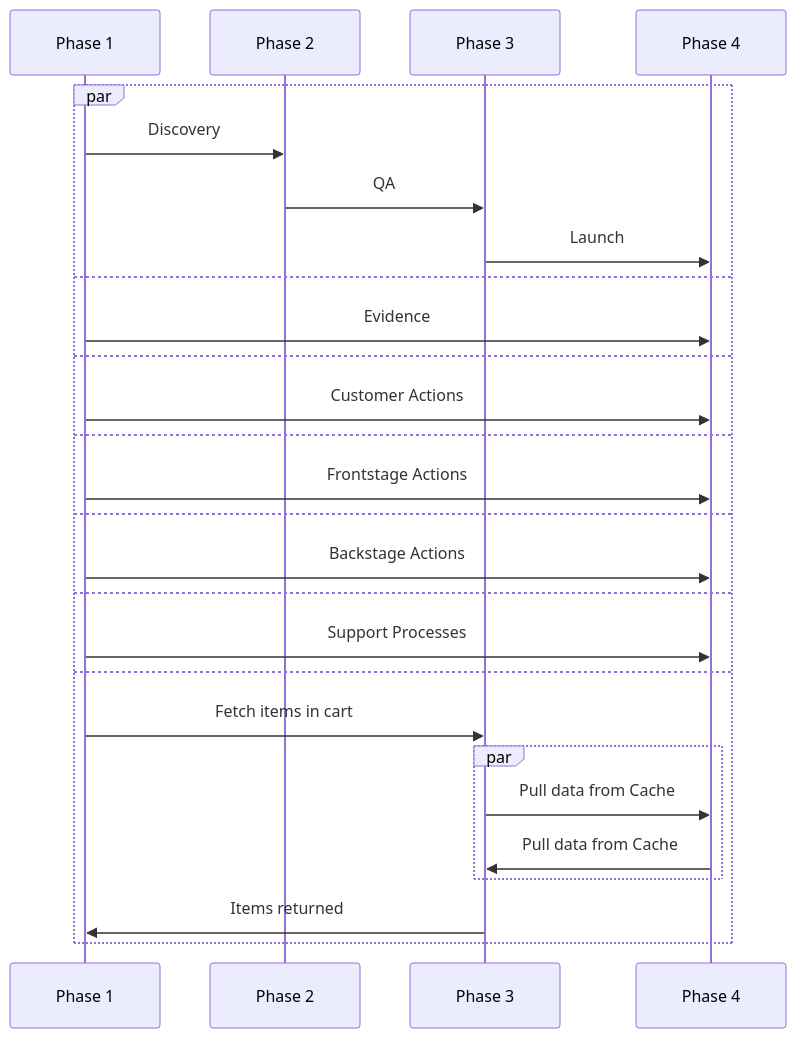
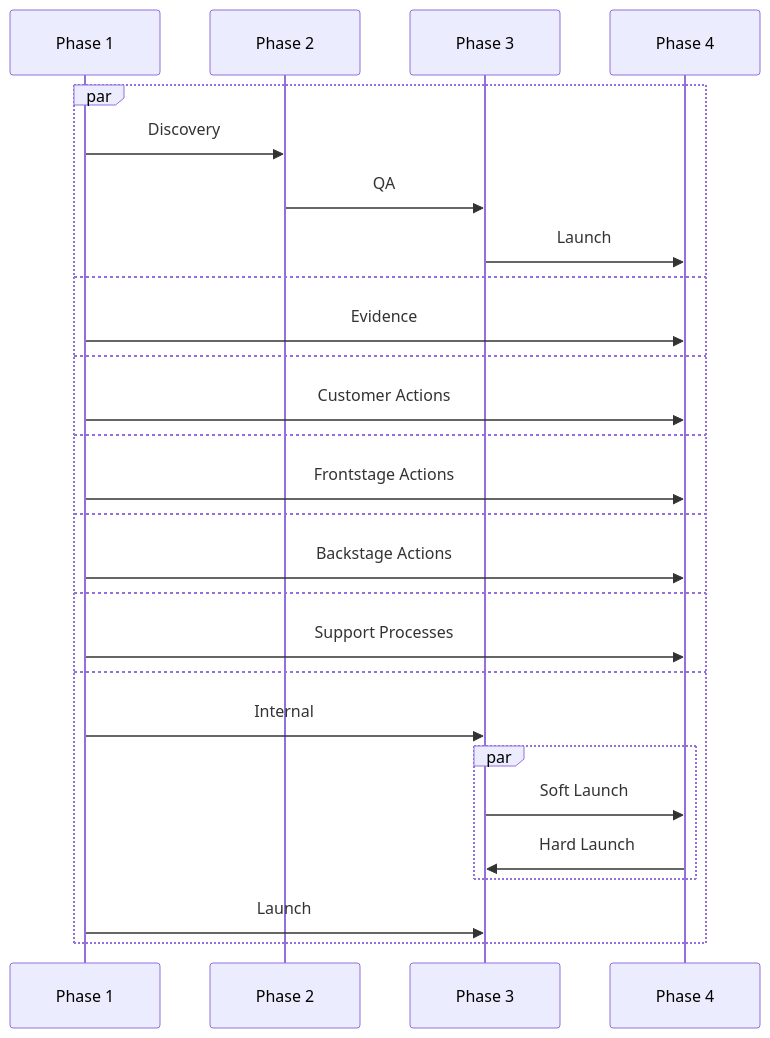
The second of 2 diagrams in blueprint.md (mgifford/mermaid-graphs), drawn with Mermaid before and after one commit.

````diff
--- a/blueprint.md
+++ b/blueprint.md
@@ -23,26 +23,26 @@
 ```mermaid
 sequenceDiagram
     par
         Phase 1->>Phase 2: Discovery
         Phase 2->>Phase 3: QA
         Phase 3->>Phase 4: Launch
 
     and
         Phase 1->>Phase 4: Evidence
     and
         Phase 1->>Phase 4: Customer Actions
     and
         Phase 1->>Phase 4: Frontstage Actions
     and
         Phase 1->>Phase 4: Backstage Actions
     and
         Phase 1->>Phase 4: Support Processes
     and
-        Phase 1->>Phase 3: Fetch items in cart
+        Phase 1->>Phase 3: Internal
         par 
-            Phase 3->>Phase 4: Pull data from Cache
-            Phase 4->>Phase 3: Pull data from Cache
+            Phase 3->>Phase 4: Soft Launch
+            Phase 4->>Phase 3: Hard Launch
         end
-        Phase 3->>Phase 1: Items returned
+        Phase 1->>Phase 3: Launch
     end
 ```
````
